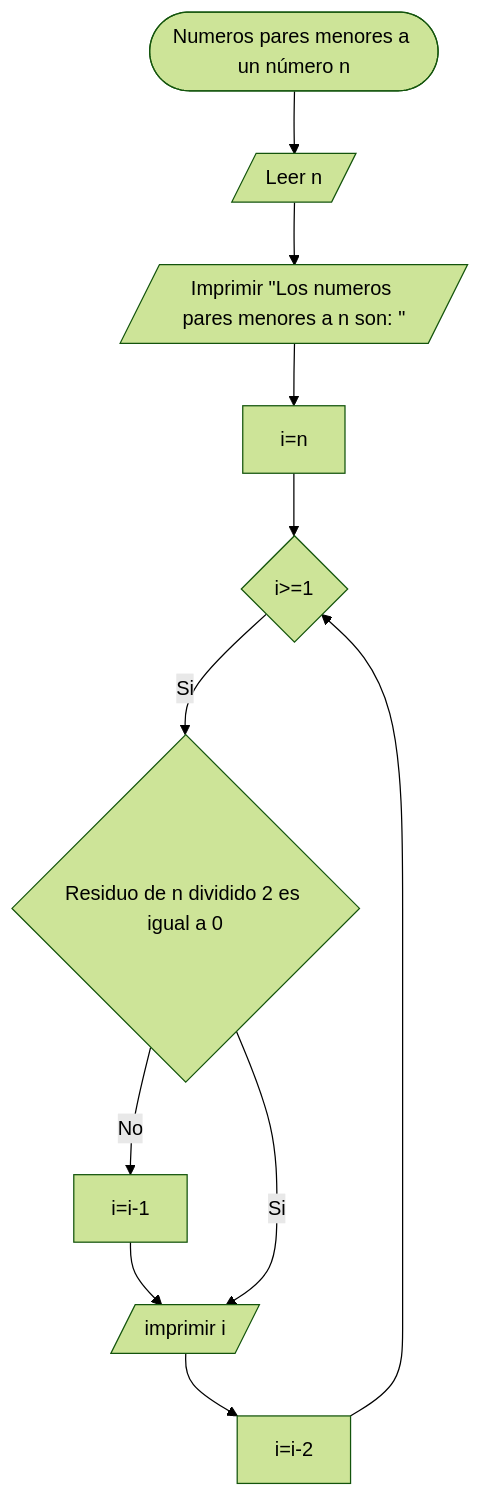
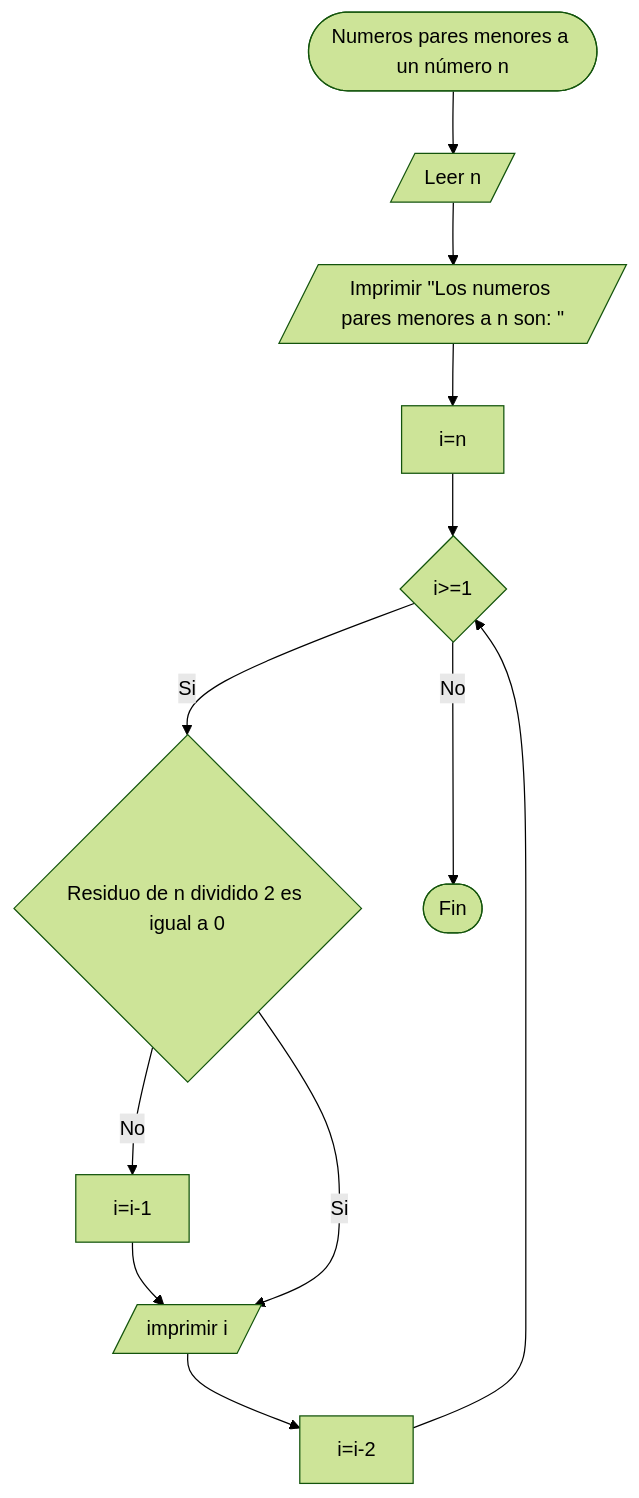
The third of 3 diagrams in README.md (CarrilloMalcom/Reto-07), drawn with Mermaid (forest theme) before and after one commit. The commit also changed other lines of this file, not shown here.

````diff
--- a/README.md
+++ b/README.md
@@ -61,13 +62,14 @@
 ``` mermaid
 flowchart TD
     A([Numeros pares menores a un número n]) --> B[/Leer n/]
     B -->C[/Imprimir "Los numeros pares menores a n son: "/]
     C -->D[i=n]
     D -->E{i>=1}
     E -->|Si|F{Residuo de n dividido 2 es igual a 0}
     F -->|No|G[i=i-1]
     G -->H[/imprimir i/]
     F -->|Si|H
     H-->I[i=i-2]
     I-->E
+    E -->|No|J([Fin])
 ```
````
